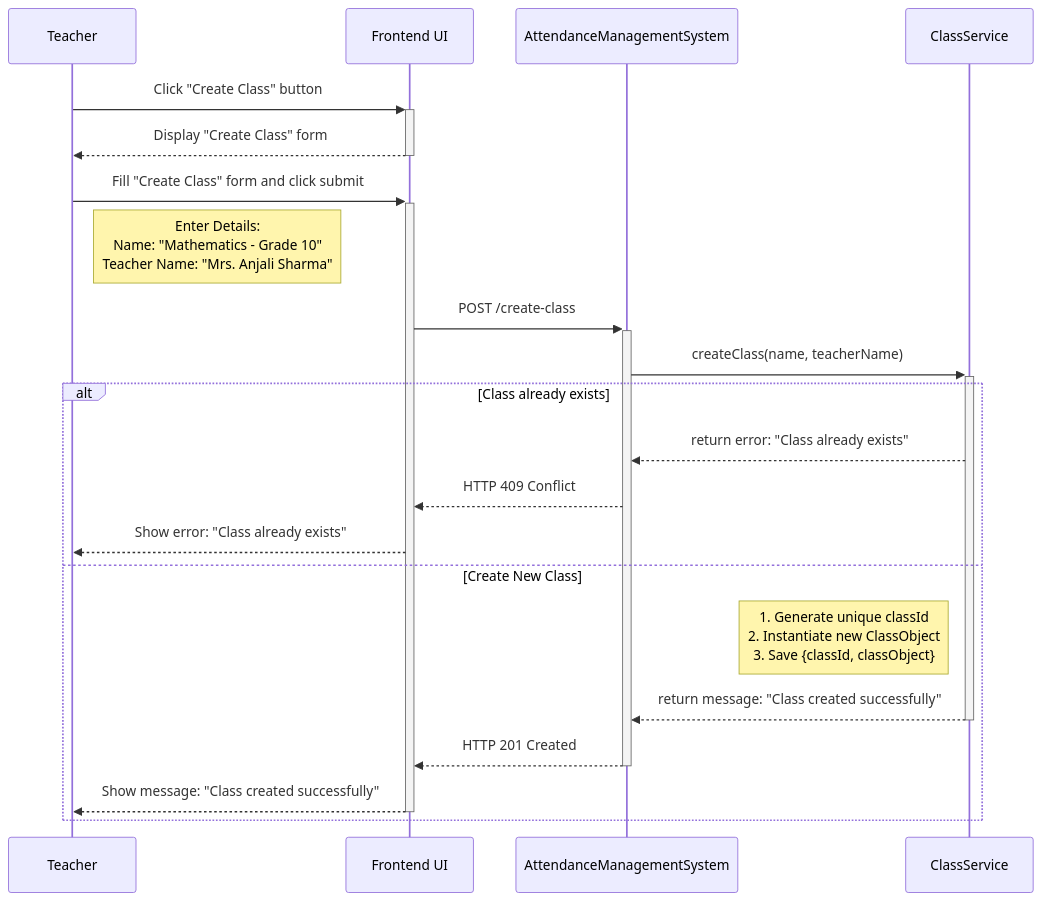
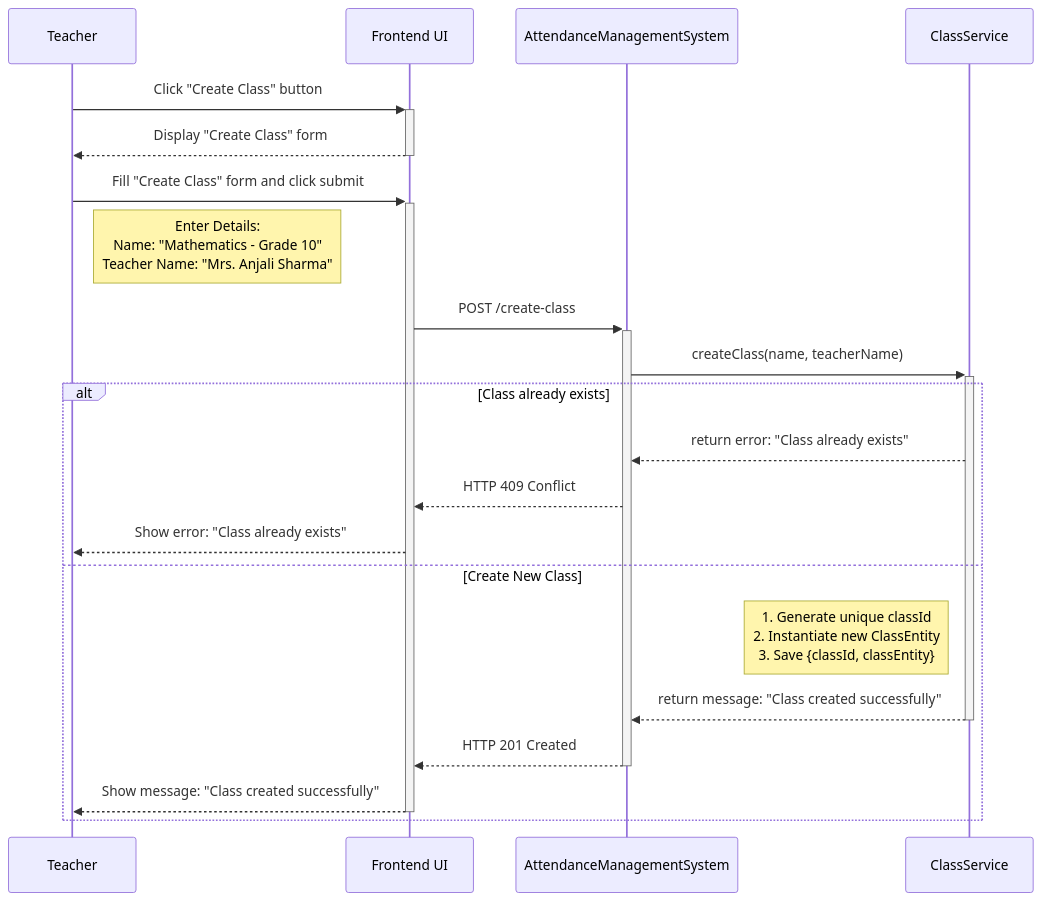
Before and after one commit to NishchayAnand/software-engineering: the first of 4 diagrams in Backend Engineering/Case Studies/Case Study 1. Attendance Management System/Documentation/2. Sequence Flow.md, drawn with Mermaid. The commit also changed other lines of this file and 8 other files, not shown here.

````diff
--- a/Backend Engineering/Case Studies/Case Study 1. Attendance Management System/Documentation/2. Sequence Flow.md
+++ b/Backend Engineering/Case Studies/Case Study 1. Attendance Management System/Documentation/2. Sequence Flow.md
@@ -30,27 +30,27 @@
 ```mermaid
 sequenceDiagram
 	participant T as Teacher
 	participant UI as Frontend UI
 	participant AMS as AttendanceManagementSystem
 	participant CS as ClassService
 
 	%% Interaction 1: Click "Create Class" button
 	T->>+UI: Click "Create Class" button
 	UI-->>-T: Display "Create Class" form
 
 	%% Interaction 2: Submit the "Create Class" Form
 	T->>+UI: Fill "Create Class" form and click submit
 	Note right of T: Enter Details: <br/> Name: "Mathematics - Grade 10" <br/> Teacher Name: "Mrs. Anjali Sharma"
 	UI->>+AMS: POST /create-class
 	AMS->>+CS: createClass(name, teacherName)
 	alt Class already exists
 		CS-->>AMS: return error: "Class already exists"
 		AMS-->>UI: HTTP 409 Conflict
 		UI-->>T: Show error: "Class already exists"
 	else Create New Class
-		Note left of CS: 1. Generate unique classId <br/> 2. Instantiate new ClassObject <br/> 3. Save {classId, classObject}
+		Note left of CS: 1. Generate unique classId <br/> 2. Instantiate new ClassEntity <br/> 3. Save {classId, classEntity}
 		CS-->>-AMS: return message: "Class created successfully"
 		AMS-->>-UI: HTTP 201 Created
 		UI-->>-T: Show message: "Class created successfully"
 	end
 ```
````
